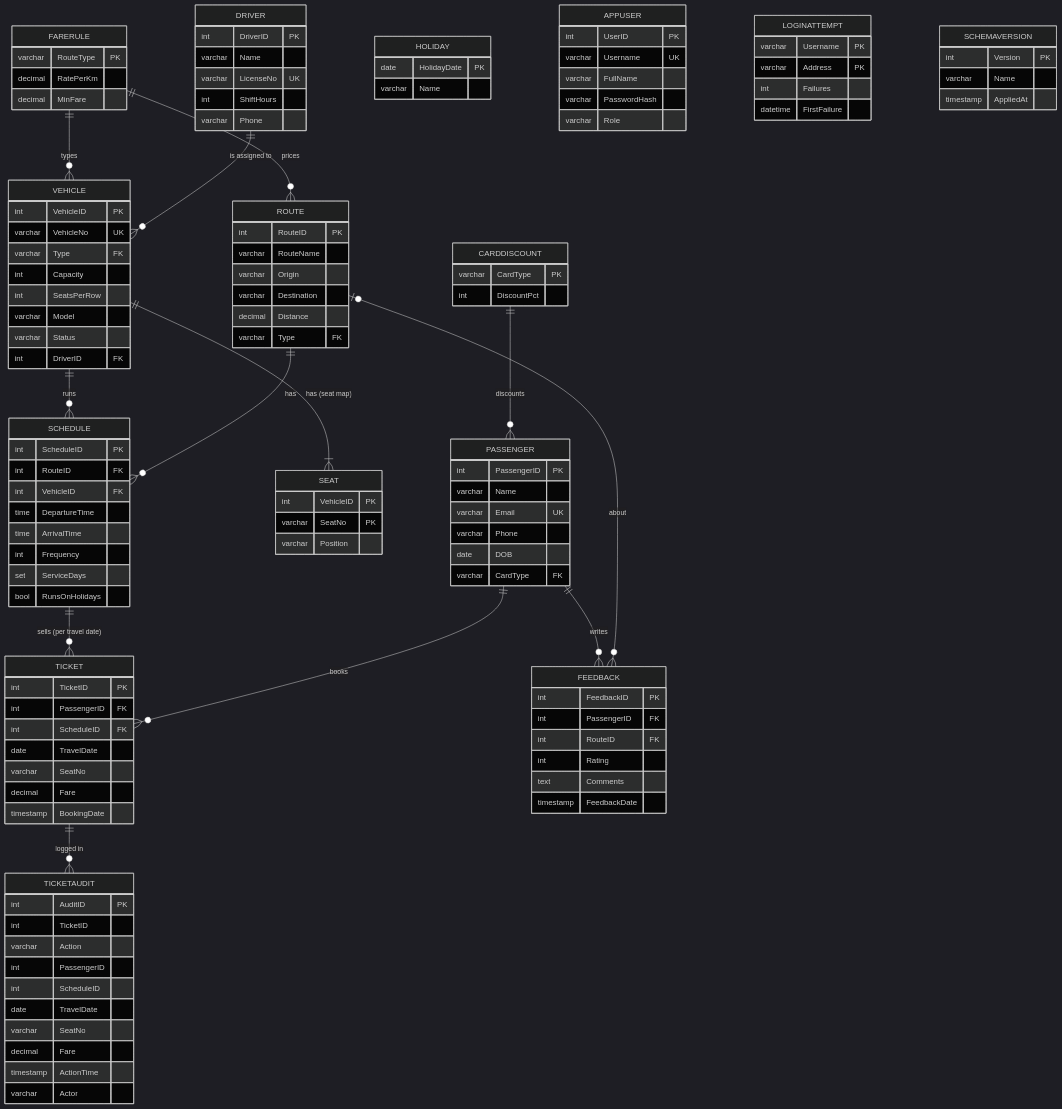
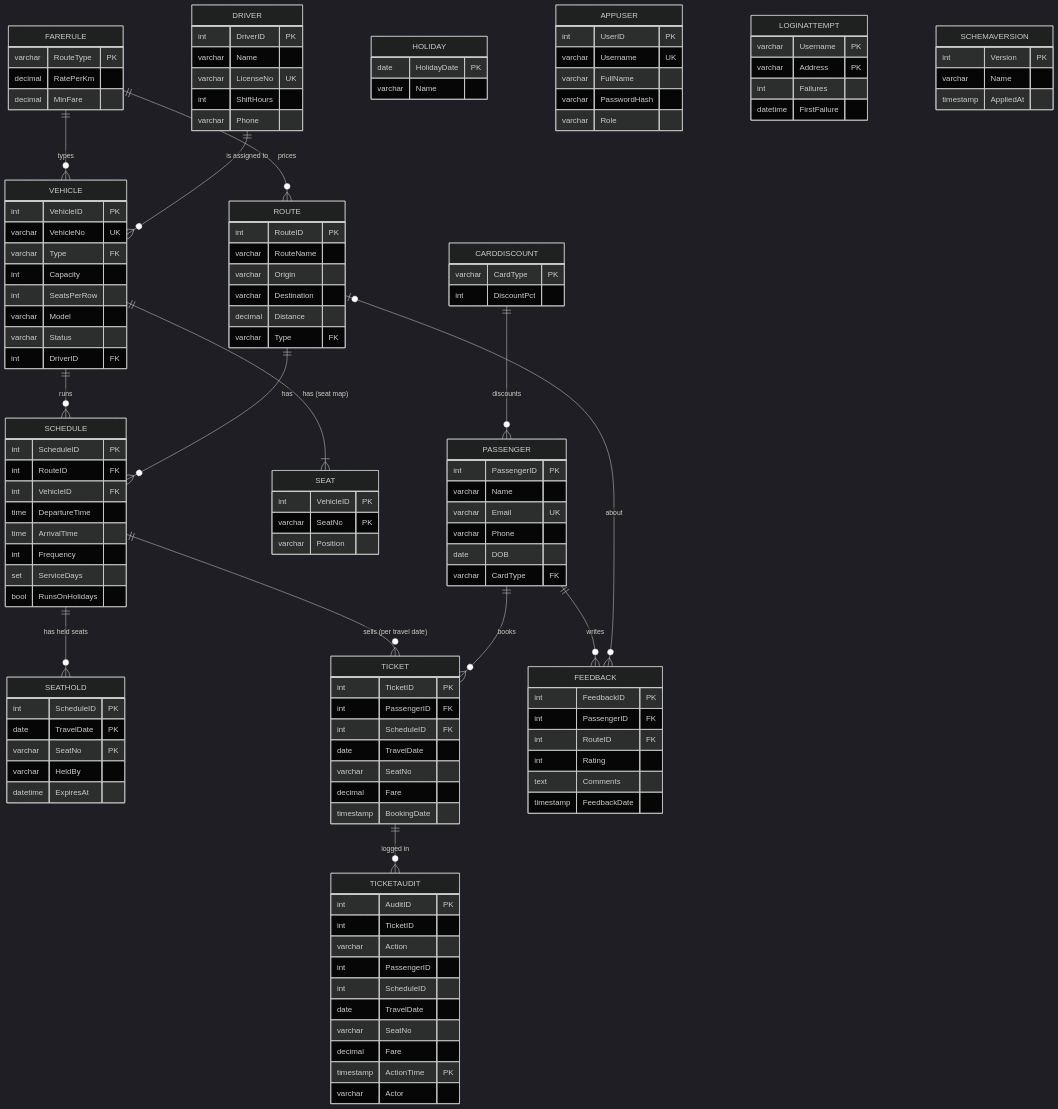
Before and after one commit to sarveshsuhaskute/RouteWise: the diagram in README.md, drawn with Mermaid (dark theme). The commit also changed other lines of this file and 18 other files, not shown here.

First line of the commit message:
Schema v4: seat holds, QR e-tickets, partitioned audit trail, departure board

````diff
--- a/README.md
+++ b/README.md
@@ -54,31 +60,33 @@
 ```mermaid
 erDiagram
     FARERULE     ||--o{ ROUTE   : "prices"
     FARERULE     ||--o{ VEHICLE : "types"
     CARDDISCOUNT ||--o{ PASSENGER : "discounts"
     DRIVER   ||--o{ VEHICLE  : "is assigned to"
     VEHICLE  ||--|{ SEAT     : "has (seat map)"
+    SCHEDULE ||--o{ SEATHOLD : "has held seats"
     VEHICLE  ||--o{ SCHEDULE : "runs"
     ROUTE    ||--o{ SCHEDULE : "has"
     SCHEDULE ||--o{ TICKET   : "sells (per travel date)"
     PASSENGER||--o{ TICKET   : "books"
     PASSENGER||--o{ FEEDBACK : "writes"
     ROUTE    |o--o{ FEEDBACK : "about"
     TICKET   ||--o{ TICKETAUDIT : "logged in"
 
     FARERULE     { varchar RouteType PK  decimal RatePerKm  decimal MinFare }
     CARDDISCOUNT { varchar CardType PK  int DiscountPct }
     PASSENGER { int PassengerID PK  varchar Name  varchar Email UK  varchar Phone  date DOB  varchar CardType FK }
     DRIVER    { int DriverID PK  varchar Name  varchar LicenseNo UK  int ShiftHours  varchar Phone }
     VEHICLE   { int VehicleID PK  varchar VehicleNo UK  varchar Type FK  int Capacity  int SeatsPerRow  varchar Model  varchar Status  int DriverID FK }
     SEAT      { int VehicleID PK  varchar SeatNo PK  varchar Position }
     ROUTE     { int RouteID PK  varchar RouteName  varchar Origin  varchar Destination  decimal Distance  varchar Type FK }
     SCHEDULE  { int ScheduleID PK  int RouteID FK  int VehicleID FK  time DepartureTime  time ArrivalTime  int Frequency  set ServiceDays  bool RunsOnHolidays }
     HOLIDAY   { date HolidayDate PK  varchar Name }
     TICKET    { int TicketID PK  int PassengerID FK  int ScheduleID FK  date TravelDate  varchar SeatNo  decimal Fare  timestamp BookingDate }
+    SEATHOLD  { int ScheduleID PK  date TravelDate PK  varchar SeatNo PK  varchar HeldBy  datetime ExpiresAt }
     FEEDBACK  { int FeedbackID PK  int PassengerID FK  int RouteID FK  int Rating  text Comments  timestamp FeedbackDate }
-    TICKETAUDIT { int AuditID PK  int TicketID  varchar Action  int PassengerID  int ScheduleID  date TravelDate  varchar SeatNo  decimal Fare  timestamp ActionTime  varchar Actor }
+    TICKETAUDIT { int AuditID PK  int TicketID  varchar Action  int PassengerID  int ScheduleID  date TravelDate  varchar SeatNo  decimal Fare  timestamp ActionTime PK  varchar Actor }
     APPUSER   { int UserID PK  varchar Username UK  varchar FullName  varchar PasswordHash  varchar Role }
     LOGINATTEMPT { varchar Username PK  varchar Address PK  int Failures  datetime FirstFailure }
     SCHEMAVERSION { int Version PK  varchar Name  timestamp AppliedAt }
 ```
````
